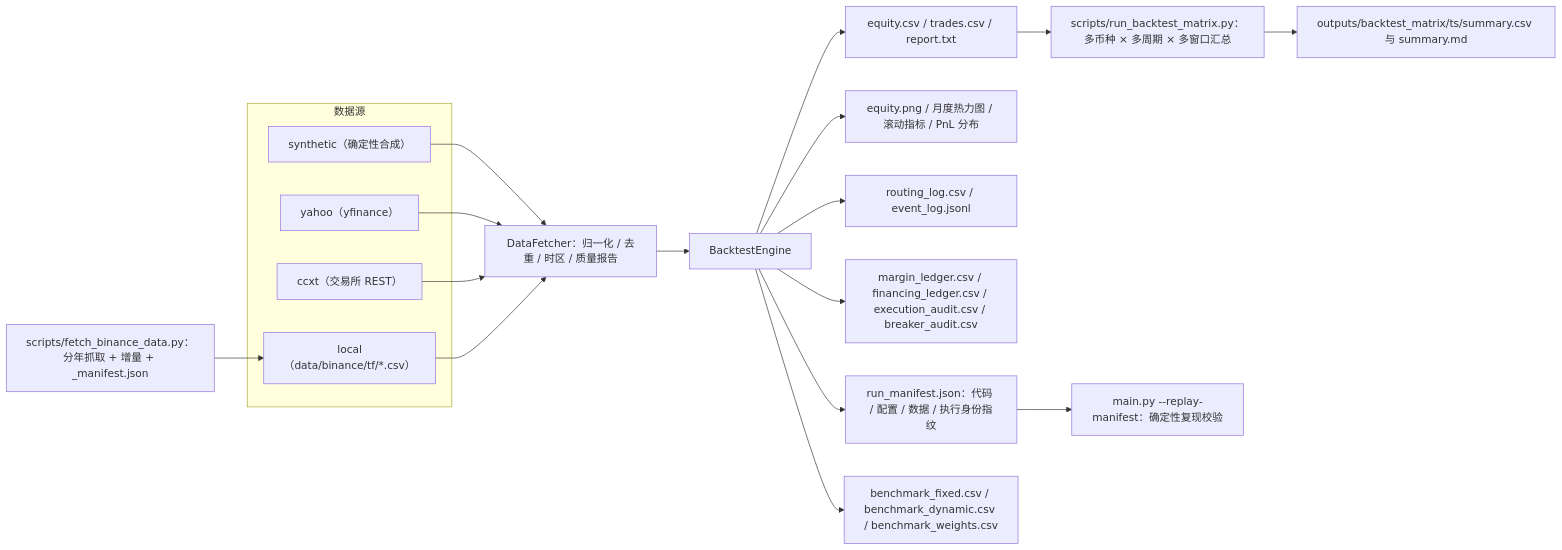
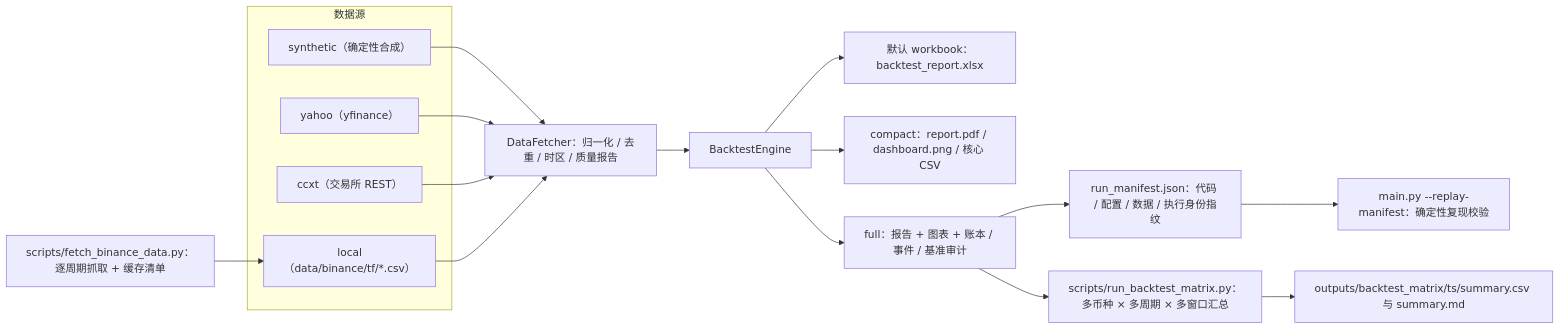
The fifth of 5 diagrams in README.md (user-nmmmmm/QuantTradingV2), drawn with Mermaid before and after one commit. The commit also changed other lines of this file and 18 other files, not shown here.

Commit message:
docs: align architecture guidance with current main

````diff
--- a/README.md
+++ b/README.md
@@ -232,24 +244,22 @@
 ```mermaid
 flowchart LR
     subgraph SRC["数据源"]
         S1["synthetic（确定性合成）"]
         S2["yahoo（yfinance）"]
         S3["ccxt（交易所 REST）"]
         S4["local（data/binance/tf/*.csv）"]
     end
-    FB["scripts/fetch_binance_data.py：分年抓取 + 增量 + _manifest.json"] --> S4
+    FB["scripts/fetch_binance_data.py：逐周期抓取 + 缓存清单"] --> S4
     S1 --> DF["DataFetcher：归一化 / 去重 / 时区 / 质量报告"]
     S2 --> DF
     S3 --> DF
     S4 --> DF
     DF --> ENG["BacktestEngine"]
-    ENG --> R1["equity.csv / trades.csv / report.txt"]
-    ENG --> R2["equity.png / 月度热力图 / 滚动指标 / PnL 分布"]
-    ENG --> R3["routing_log.csv / event_log.jsonl"]
-    ENG --> R4["margin_ledger.csv / financing_ledger.csv / execution_audit.csv / breaker_audit.csv"]
-    ENG --> R5["run_manifest.json：代码 / 配置 / 数据 / 执行身份指纹"]
-    ENG --> R6["benchmark_fixed.csv / benchmark_dynamic.csv / benchmark_weights.csv"]
-    R1 --> MX["scripts/run_backtest_matrix.py：多币种 × 多周期 × 多窗口汇总"]
+    ENG --> W["默认 workbook：backtest_report.xlsx"]
+    ENG --> C["compact：report.pdf / dashboard.png / 核心 CSV"]
+    ENG --> F["full：报告 + 图表 + 账本 / 事件 / 基准审计"]
+    F --> R5["run_manifest.json：代码 / 配置 / 数据 / 执行身份指纹"]
+    F --> MX["scripts/run_backtest_matrix.py：多币种 × 多周期 × 多窗口汇总"]
     MX --> OUT["outputs/backtest_matrix/ts/summary.csv 与 summary.md"]
     R5 --> RPL["main.py --replay-manifest：确定性复现校验"]
 ```
````
